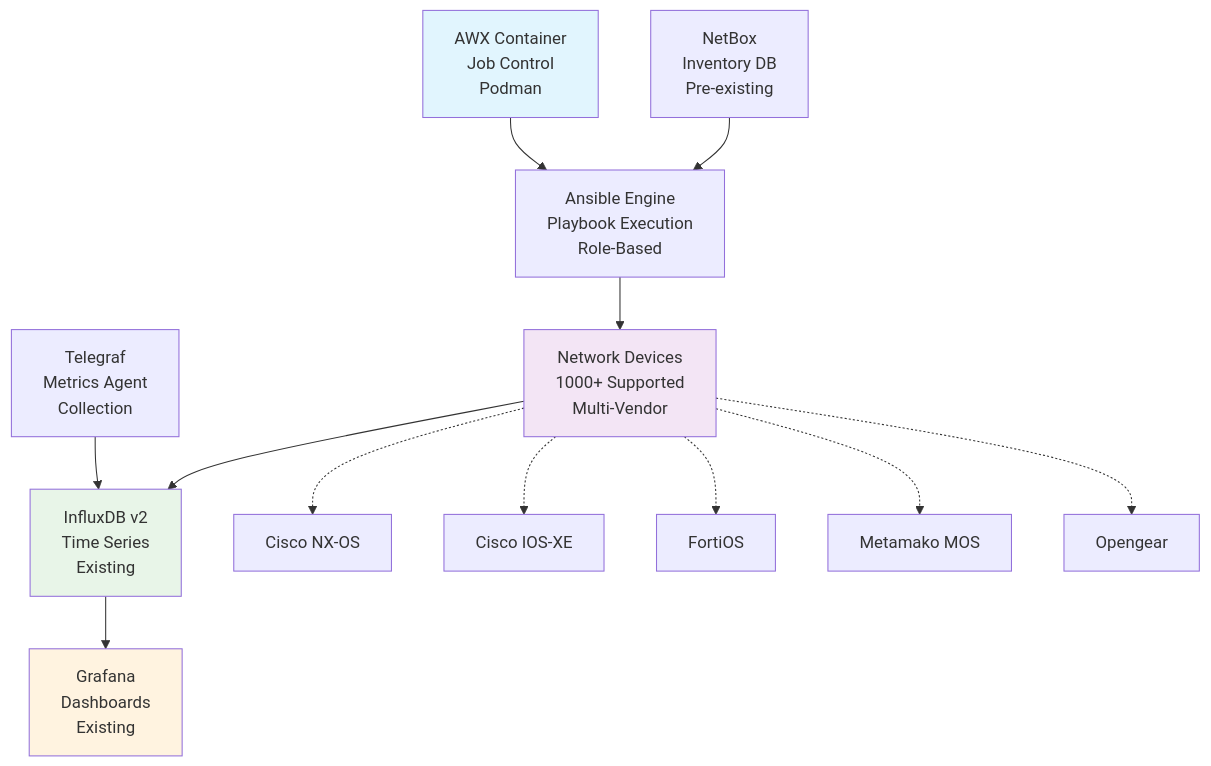
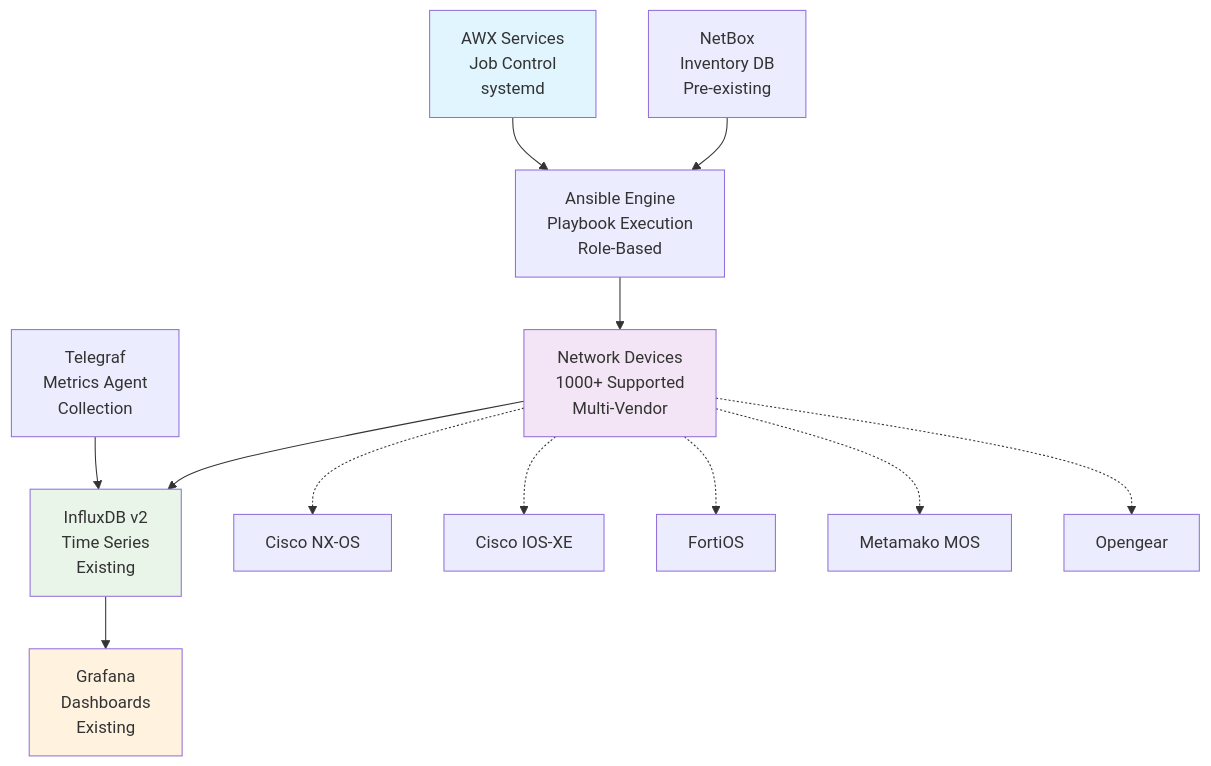
Before and after one commit to garryshtern/network-device-upgrade-system: the first of 2 diagrams in README.md, drawn with Mermaid. The commit also changed other lines of this file and 5 other files, not shown here.

````diff
--- a/README.md
+++ b/README.md
@@ -95,22 +92,22 @@
 ```mermaid
 graph TD
-    A[AWX Container<br/>Job Control<br/>Podman] --> B[Ansible Engine<br/>Playbook Execution<br/>Role-Based]
+    A[AWX Services<br/>Job Control<br/>systemd] --> B[Ansible Engine<br/>Playbook Execution<br/>Role-Based]
     B --> C[Network Devices<br/>1000+ Supported<br/>Multi-Vendor]
     
     D[NetBox<br/>Inventory DB<br/>Pre-existing] --> B
     E[Telegraf<br/>Metrics Agent<br/>Collection] --> F[InfluxDB v2<br/>Time Series<br/>Existing]
     
     C --> F
     F --> H[Grafana<br/>Dashboards<br/>Existing]
     
     C -.-> I[Cisco NX-OS]
     C -.-> J[Cisco IOS-XE]  
     C -.-> K[FortiOS]
     C -.-> L[Metamako MOS]
     C -.-> M[Opengear]
     
     style A fill:#e1f5fe
     style C fill:#f3e5f5
     style F fill:#e8f5e8
     style H fill:#fff3e0
 ```
````
